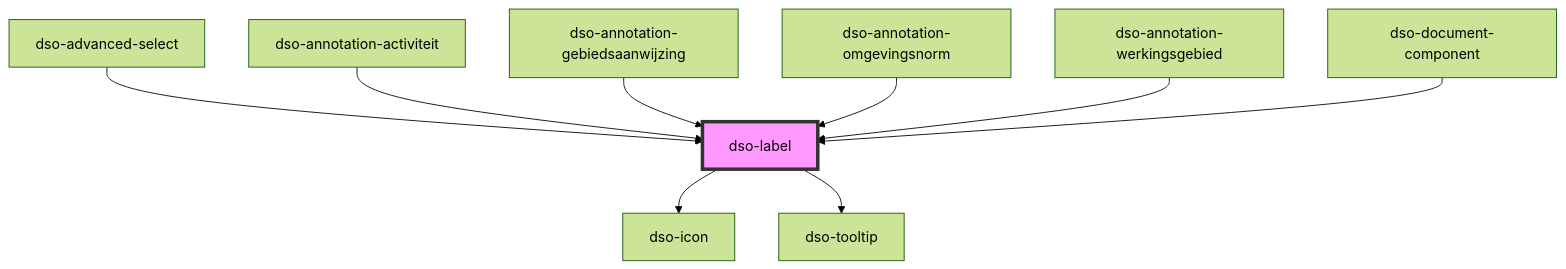
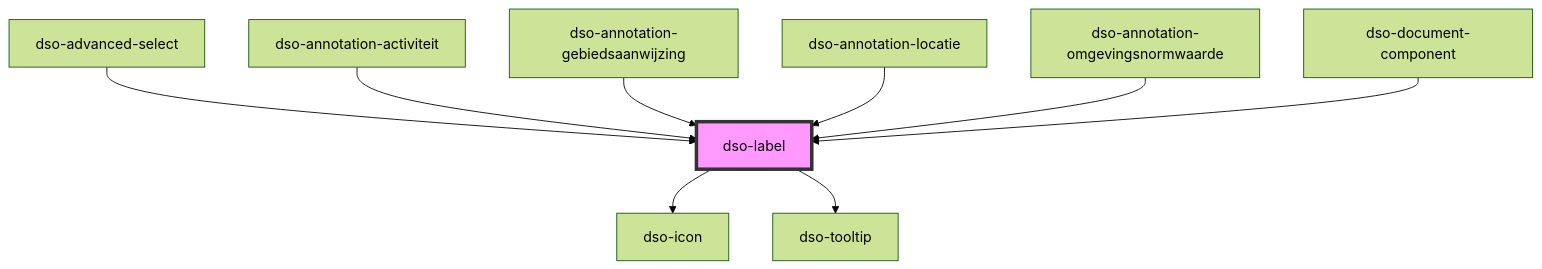
The diagram in packages/core/src/components/label/readme.md (dso-toolkit/dso-toolkit), drawn with Mermaid (forest theme) before and after one commit. The commit also changed other lines of this file and 44 other files, not shown here.

````diff
--- a/packages/core/src/components/label/readme.md
+++ b/packages/core/src/components/label/readme.md
@@ -46,12 +46,12 @@
 ```mermaid
 graph TD;
   dso-label --> dso-icon
   dso-label --> dso-tooltip
   dso-advanced-select --> dso-label
   dso-annotation-activiteit --> dso-label
   dso-annotation-gebiedsaanwijzing --> dso-label
-  dso-annotation-omgevingsnorm --> dso-label
-  dso-annotation-werkingsgebied --> dso-label
+  dso-annotation-locatie --> dso-label
+  dso-annotation-omgevingsnormwaarde --> dso-label
   dso-document-component --> dso-label
   style dso-label fill:#f9f,stroke:#333,stroke-width:4px
 ```
````
